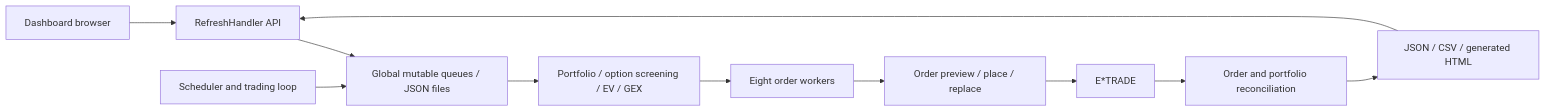
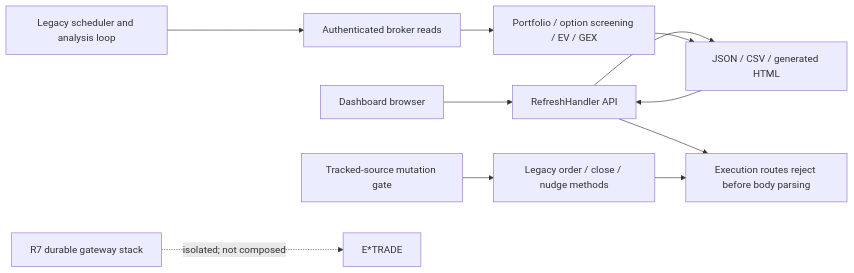
Before and after one commit to tbt316/etrade_quant_trading: the first of 3 diagrams in etrade_python_client/docs/production_readiness_upgrade_plan.md, drawn with Mermaid. The commit also changed other lines of this file and 34 other files, not shown here.

Commit message:
Contain legacy ETrade mutation paths

````diff
--- a/etrade_python_client/docs/production_readiness_upgrade_plan.md
+++ b/etrade_python_client/docs/production_readiness_upgrade_plan.md
@@ -113,13 +123,13 @@
 ```mermaid
 flowchart LR
     UI["Dashboard browser"] --> HTTP["RefreshHandler API"]
-    HTTP --> GLOBAL["Global mutable queues / JSON files"]
-    LOOP["Scheduler and trading loop"] --> GLOBAL
-    GLOBAL --> SCREEN["Portfolio / option screening / EV / GEX"]
-    SCREEN --> WORKERS["Eight order workers"]
-    WORKERS --> ORDER["Order preview / place / replace"]
-    ORDER --> BROKER["E*TRADE"]
-    BROKER --> TRACKER["Order and portfolio reconciliation"]
-    TRACKER --> FILES["JSON / CSV / generated HTML"]
+    HTTP --> FILES["JSON / CSV / generated HTML"]
+    LOOP["Legacy scheduler and analysis loop"] --> READS["Authenticated broker reads"]
+    READS --> SCREEN["Portfolio / option screening / EV / GEX"]
+    SCREEN --> FILES
     FILES --> HTTP
+    HTTP --> BLOCK["Execution routes reject before body parsing"]
+    LEGACY["Legacy order / close / nudge methods"] --> BLOCK
+    STATIC["Tracked-source mutation gate"] --> LEGACY
+    CORE["R7 durable gateway stack"] -.->|"isolated; not composed"| BROKER["E*TRADE"]
 ```
````
